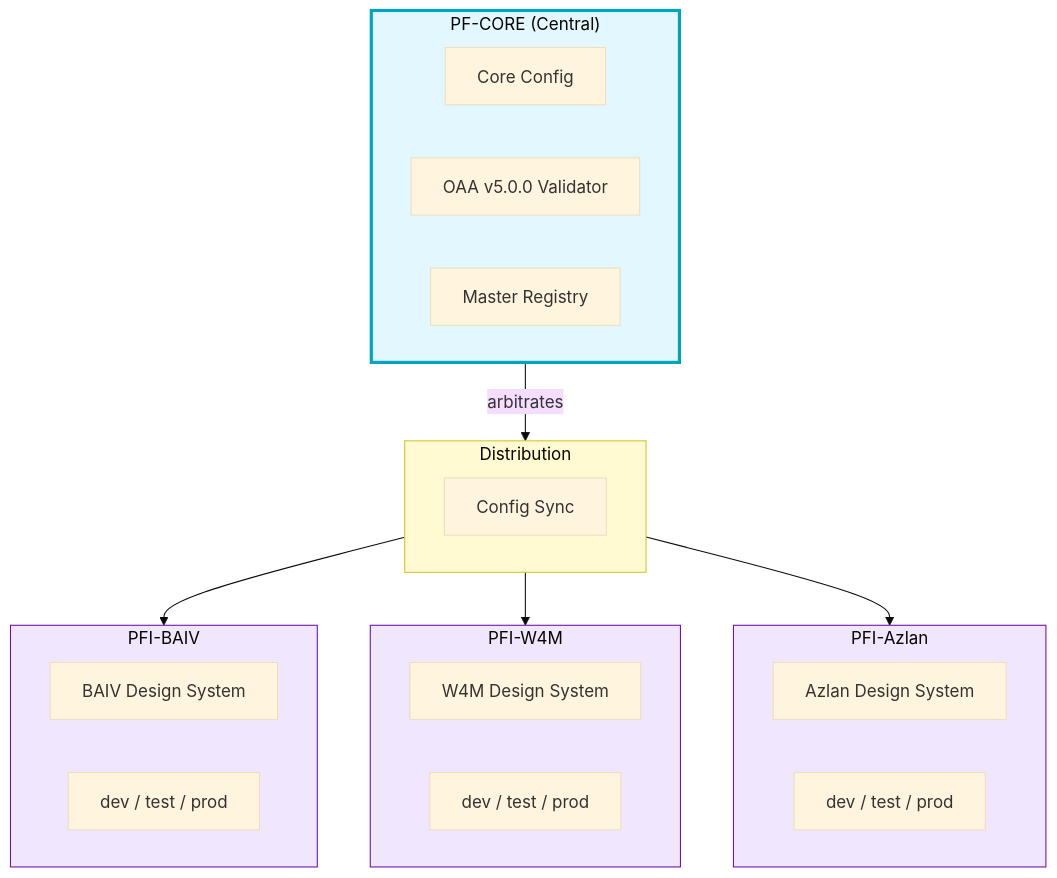
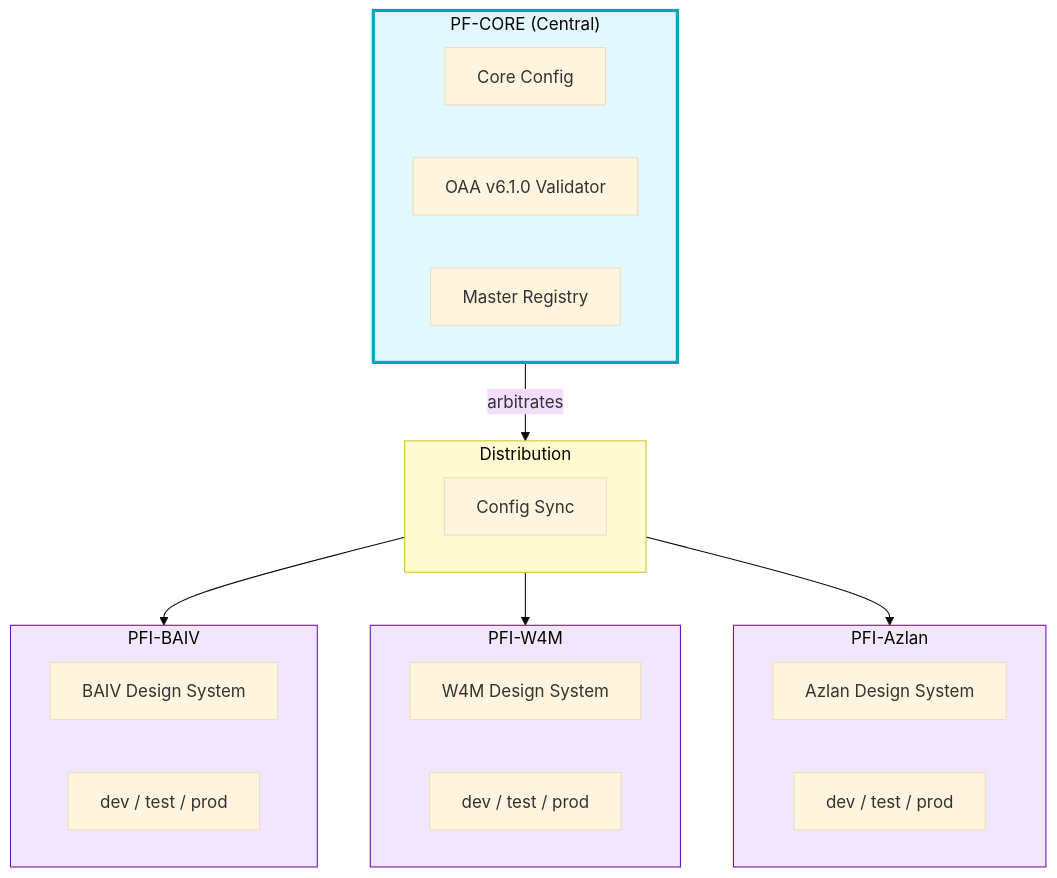
One commit to ajrmooreuk/Azlan-EA-AAA changed the eighth of 11 diagrams in PBS/TOOLS/ontology-visualiser/HLD-VISUALISER-ENHANCED-v1.0.0.md. Above: the diagram before and after it, drawn with Mermaid (base theme). The commit also changed other lines of this file and 4 other files, not shown here.

````diff
--- a/PBS/TOOLS/ontology-visualiser/HLD-VISUALISER-ENHANCED-v1.0.0.md
+++ b/PBS/TOOLS/ontology-visualiser/HLD-VISUALISER-ENHANCED-v1.0.0.md
@@ -501,38 +501,38 @@
 ```mermaid
 flowchart TB
     subgraph PFC["PF-CORE (Central)"]
         CONFIG["Core Config"]
-        VALIDATOR["OAA v5.0.0 Validator"]
+        VALIDATOR["OAA v6.1.0 Validator"]
         REGISTRY["Master Registry"]
     end
 
     subgraph DIST["Distribution"]
         SYNC["Config Sync"]
     end
 
     subgraph PFI1["PFI-BAIV"]
         DS1["BAIV Design System"]
         ENV1["dev / test / prod"]
     end
 
     subgraph PFI2["PFI-W4M"]
         DS2["W4M Design System"]
         ENV2["dev / test / prod"]
     end
 
     subgraph PFI3["PFI-Azlan"]
         DS3["Azlan Design System"]
         ENV3["dev / test / prod"]
     end
 
     PFC -->|"arbitrates"| DIST
     DIST --> PFI1
     DIST --> PFI2
     DIST --> PFI3
 
     style PFC fill:#e2f7ff,stroke:#00a4bf,stroke-width:3px
     style DIST fill:#fffad1,stroke:#cec528
     style PFI1 fill:#f0e7fe,stroke:#6f0eb0
     style PFI2 fill:#f0e7fe,stroke:#6f0eb0
     style PFI3 fill:#f0e7fe,stroke:#6f0eb0
 ```
````
